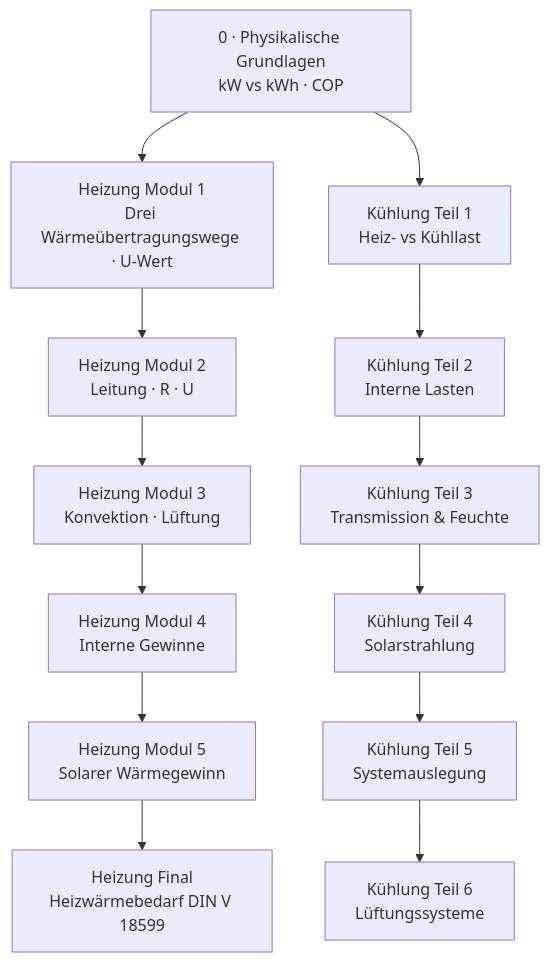
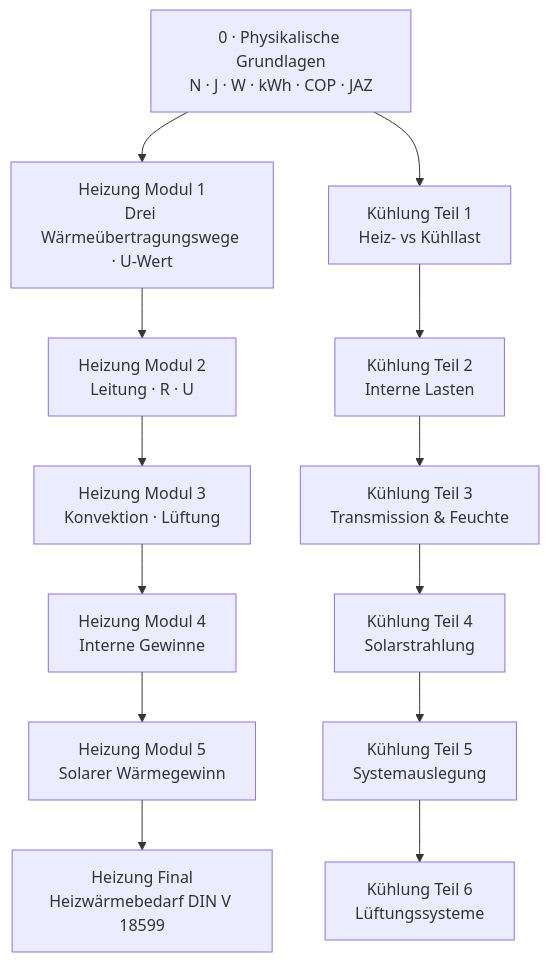
The diagram in tutorial/energy/demand/KONZEPTE_UND_FORMELN.md (usalu/semio), drawn with Mermaid before and after one commit. The commit also changed other lines of this file and 13 other files, not shown here.

````diff
--- a/tutorial/energy/demand/KONZEPTE_UND_FORMELN.md
+++ b/tutorial/energy/demand/KONZEPTE_UND_FORMELN.md
@@ -10,19 +10,19 @@
 ```mermaid
 flowchart TB
-    PF["0 · Physikalische Grundlagen<br/>kW vs kWh · COP"]
+    PF["0 · Physikalische Grundlagen<br/>N · J · W · kWh · COP · JAZ"]
     H1["Heizung Modul 1<br/>Drei Wärmeübertragungswege · U-Wert"]
     H2["Heizung Modul 2<br/>Leitung · R · U"]
     H3["Heizung Modul 3<br/>Konvektion · Lüftung"]
     H4["Heizung Modul 4<br/>Interne Gewinne"]
     H5["Heizung Modul 5<br/>Solarer Wärmegewinn"]
     HF["Heizung Final<br/>Heizwärmebedarf DIN V 18599"]
     C1["Kühlung Teil 1<br/>Heiz- vs Kühllast"]
     C2["Kühlung Teil 2<br/>Interne Lasten"]
     C3["Kühlung Teil 3<br/>Transmission & Feuchte"]
     C4["Kühlung Teil 4<br/>Solarstrahlung"]
     C5["Kühlung Teil 5<br/>Systemauslegung"]
     C6["Kühlung Teil 6<br/>Lüftungssysteme"]
 
     PF --> H1 --> H2 --> H3 --> H4 --> H5 --> HF
     PF --> C1 --> C2 --> C3 --> C4 --> C5 --> C6
 ```
````
